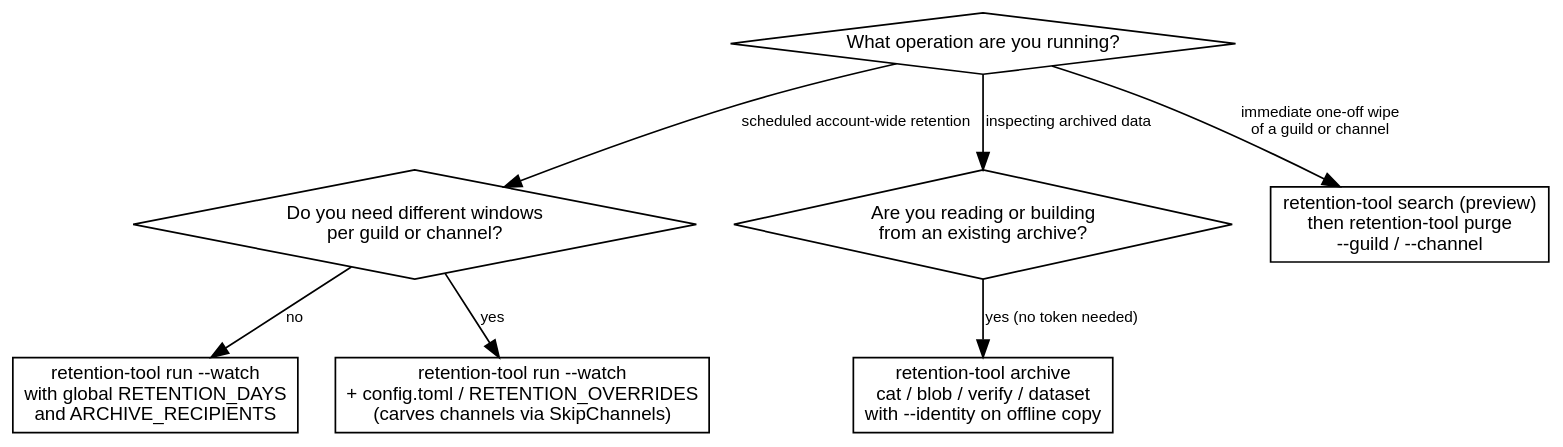
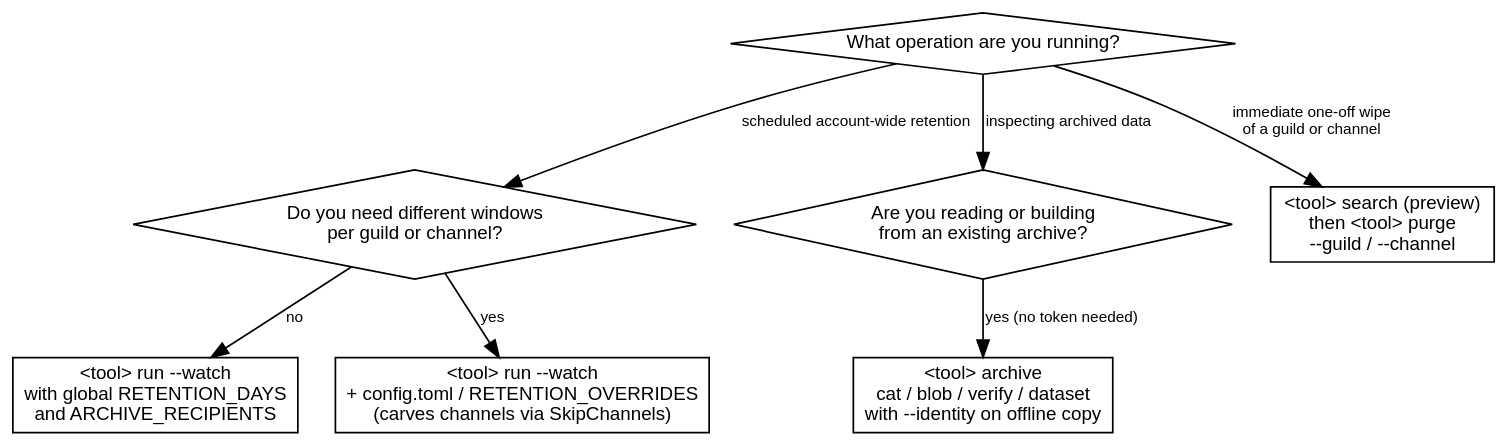
Before and after one commit to erfianugrah/lexicanum: the second of 2 diagrams in src/content/docs/reference/discord-message-retention.mdx, drawn with Graphviz. The commit also changed other lines of this file and 90 other files, not shown here.

````diff
--- a/src/content/docs/reference/discord-message-retention.mdx
+++ b/src/content/docs/reference/discord-message-retention.mdx
@@ -294,24 +294,24 @@
 ```dot
 digraph {
   rankdir=TB; bgcolor="transparent"; nodesep=0.3; ranksep=0.5;
   fontname="Helvetica,Arial,sans-serif";
   node [fontname="Helvetica,Arial,sans-serif", fontsize=11, shape=box];
   edge [fontname="Helvetica,Arial,sans-serif", fontsize=9];
 
   q1 [label="What operation are you running?", shape=diamond];
   q2 [label="Do you need different windows\nper guild or channel?", shape=diamond];
   q3 [label="Are you reading or building\nfrom an existing archive?", shape=diamond];
 
-  a1 [label="retention-tool run --watch\nwith global RETENTION_DAYS\nand ARCHIVE_RECIPIENTS"];
-  a2 [label="retention-tool run --watch\n+ config.toml / RETENTION_OVERRIDES\n(carves channels via SkipChannels)"];
-  a3 [label="retention-tool search (preview)\nthen retention-tool purge\n--guild / --channel"];
-  a4 [label="retention-tool archive\ncat / blob / verify / dataset\nwith --identity on offline copy"];
+  a1 [label="<tool> run --watch\nwith global RETENTION_DAYS\nand ARCHIVE_RECIPIENTS"];
+  a2 [label="<tool> run --watch\n+ config.toml / RETENTION_OVERRIDES\n(carves channels via SkipChannels)"];
+  a3 [label="<tool> search (preview)\nthen <tool> purge\n--guild / --channel"];
+  a4 [label="<tool> archive\ncat / blob / verify / dataset\nwith --identity on offline copy"];
 
   q1 -> q2 [label="scheduled account-wide retention"];
   q1 -> a3 [label="immediate one-off wipe\nof a guild or channel"];
   q1 -> q3 [label="inspecting archived data"];
   q2 -> a1 [label="no"];
   q2 -> a2 [label="yes"];
   q3 -> a4 [label="yes (no token needed)"];
 }
 ```
````
